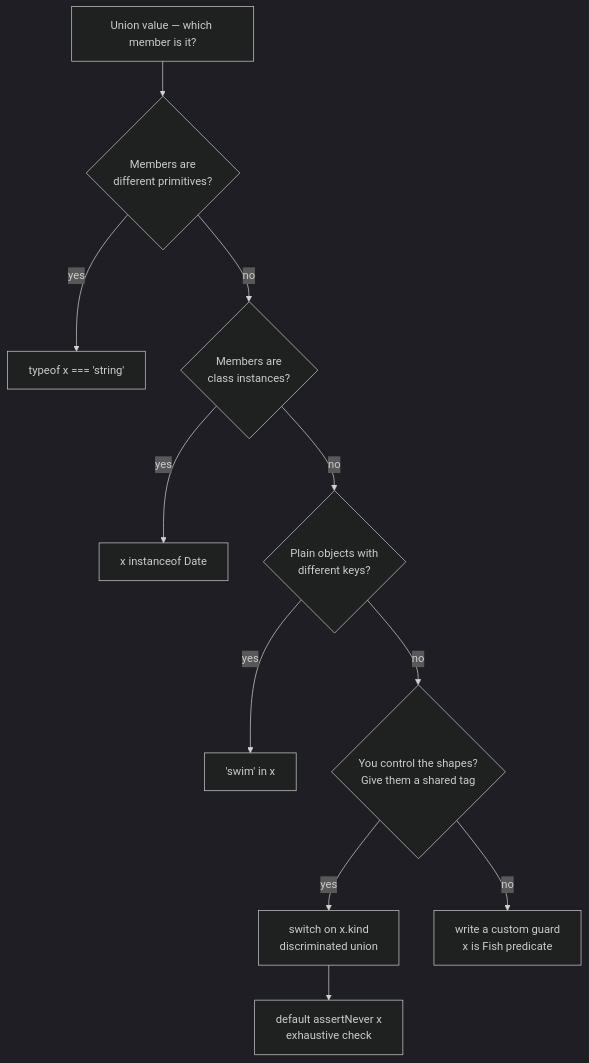
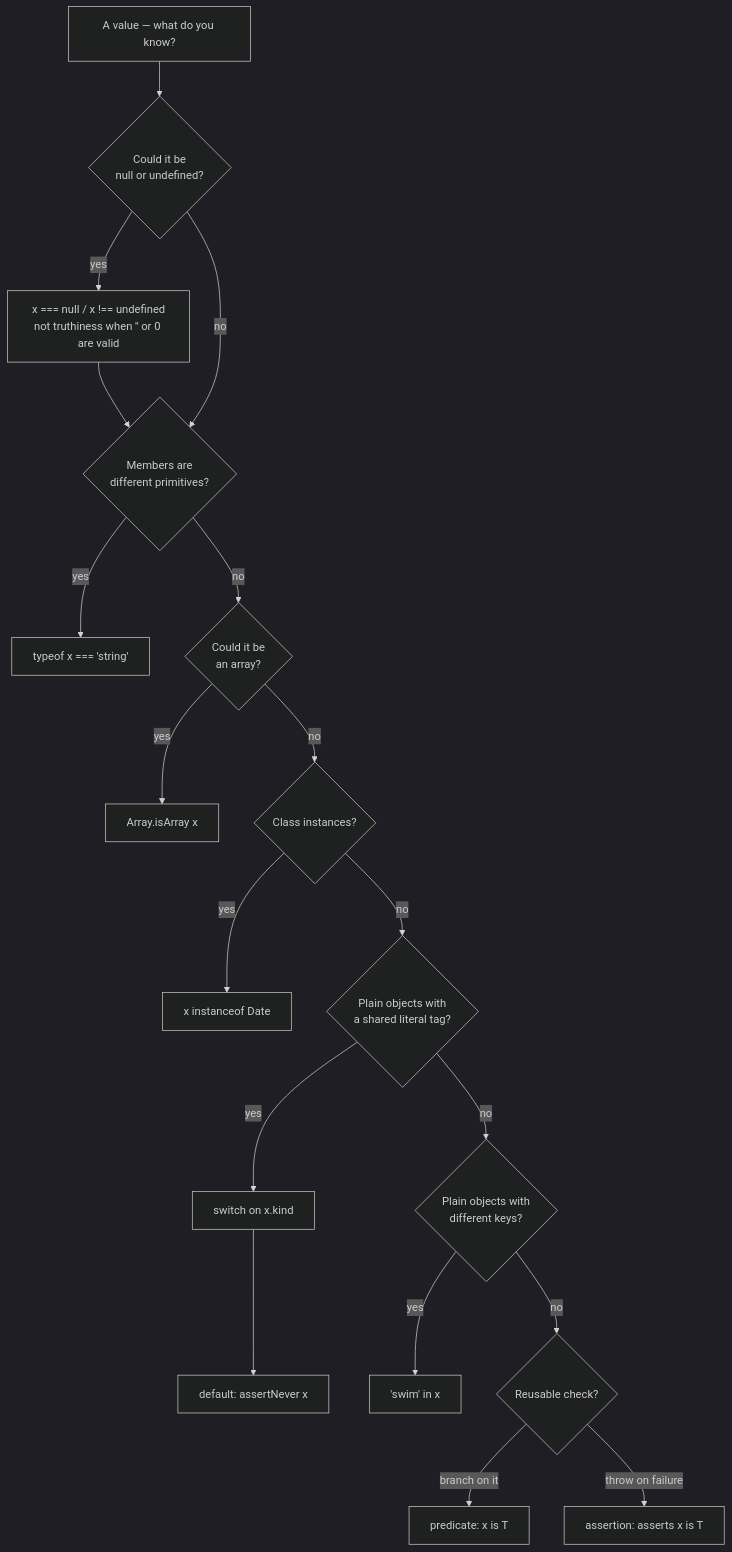
Before and after one commit to cheer-cho/LearningCourse--TypeScript--build-by-Claude-Code: the tenth of 10 diagrams in 05-unions-narrowing/LESSON.md, drawn with Mermaid (dark theme). The commit also changed other lines of this file and 79 other files, not shown here.

````diff
--- a/05-unions-narrowing/LESSON.md
+++ b/05-unions-narrowing/LESSON.md
@@ -47,13 +1285,20 @@
 ```mermaid
 flowchart TD
-    START["Union value — which member is it?"] --> Q1{"Members are<br/>different primitives?"}
+    START["A value — what do you know?"] --> Q0{"Could it be<br/>null or undefined?"}
+    Q0 -- "yes" --> NUL["x === null / x !== undefined<br/>not truthiness when '' or 0 are valid"]
+    NUL --> Q1
+    Q0 -- "no" --> Q1{"Members are<br/>different primitives?"}
     Q1 -- "yes" --> TY["typeof x === 'string'"]
-    Q1 -- "no" --> Q2{"Members are<br/>class instances?"}
+    Q1 -- "no" --> Q1b{"Could it be<br/>an array?"}
+    Q1b -- "yes" --> ARR["Array.isArray x"]
+    Q1b -- "no" --> Q2{"Class instances?"}
     Q2 -- "yes" --> INST["x instanceof Date"]
-    Q2 -- "no" --> Q3{"Plain objects with<br/>different keys?"}
-    Q3 -- "yes" --> INOP["'swim' in x"]
-    Q3 -- "no" --> Q4{"You control the shapes?<br/>Give them a shared tag"}
-    Q4 -- "yes" --> DISC["switch on x.kind<br/>discriminated union"]
-    DISC --> NEV["default assertNever x<br/>exhaustive check"]
-    Q4 -- "no" --> PRED["write a custom guard<br/>x is Fish predicate"]
+    Q2 -- "no" --> Q3{"Plain objects with<br/>a shared literal tag?"}
+    Q3 -- "yes" --> DISC["switch on x.kind"]
+    DISC --> NEV["default: assertNever x"]
+    Q3 -- "no" --> Q4{"Plain objects with<br/>different keys?"}
+    Q4 -- "yes" --> INOP["'swim' in x"]
+    Q4 -- "no" --> Q5{"Reusable check?"}
+    Q5 -- "branch on it" --> PRED["predicate: x is T"]
+    Q5 -- "throw on failure" --> ASSERT["assertion: asserts x is T"]
 ```
````
